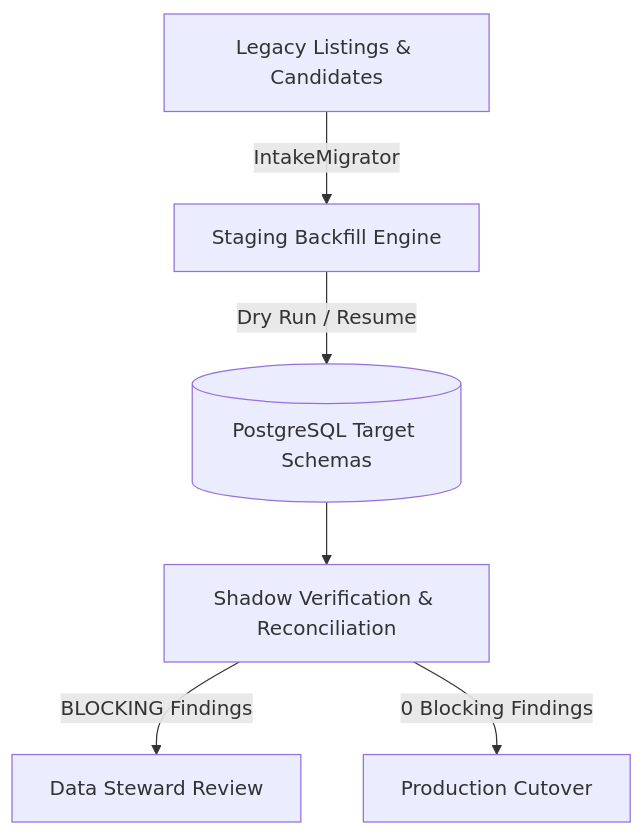
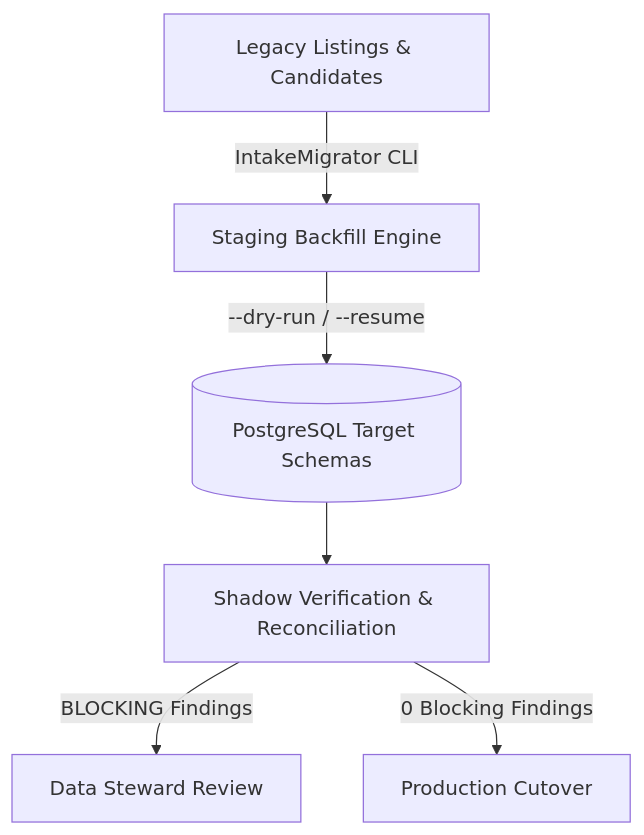
The diagram in docs/runbooks/assisted-listing-intake-migration.md (alfloop-dev/odayplus), drawn with Mermaid before and after one commit. The commit also changed other lines of this file and 3 other files, not shown here.

````diff
--- a/docs/runbooks/assisted-listing-intake-migration.md
+++ b/docs/runbooks/assisted-listing-intake-migration.md
@@ -15,8 +15,8 @@
 ```mermaid
 graph TD
-    Legacy[Legacy Listings & Candidates] -->|IntakeMigrator| Backfill[Staging Backfill Engine]
-    Backfill -->|Dry Run / Resume| DB[(PostgreSQL Target Schemas)]
+    Legacy[Legacy Listings & Candidates] -->|IntakeMigrator CLI| Backfill[Staging Backfill Engine]
+    Backfill -->|--dry-run / --resume| DB[(PostgreSQL Target Schemas)]
     DB --> Reconcile[Shadow Verification & Reconciliation]
     Reconcile -->|BLOCKING Findings| Quarantine[Data Steward Review]
     Reconcile -->|0 Blocking Findings| Cutover[Production Cutover]
 ```
````
